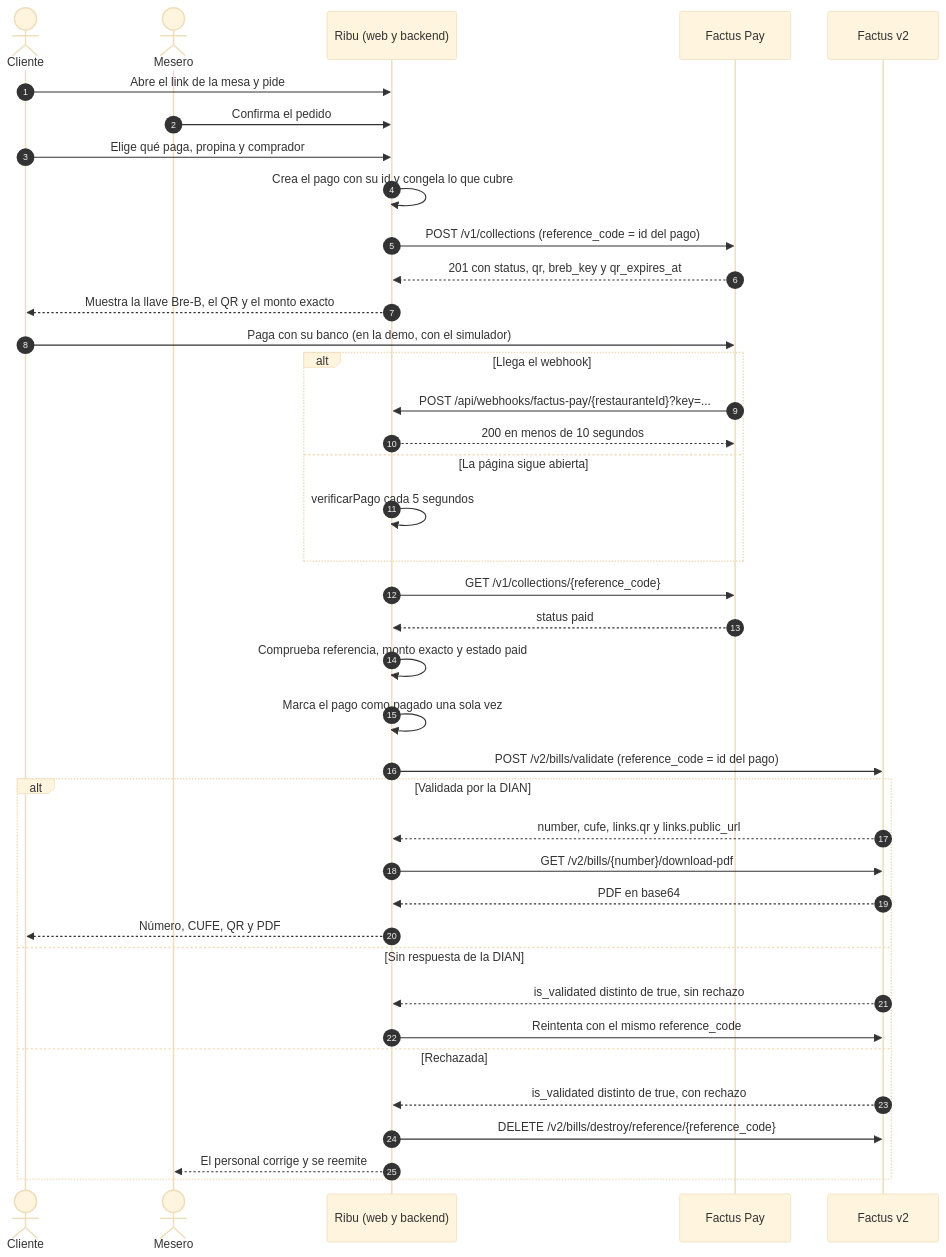
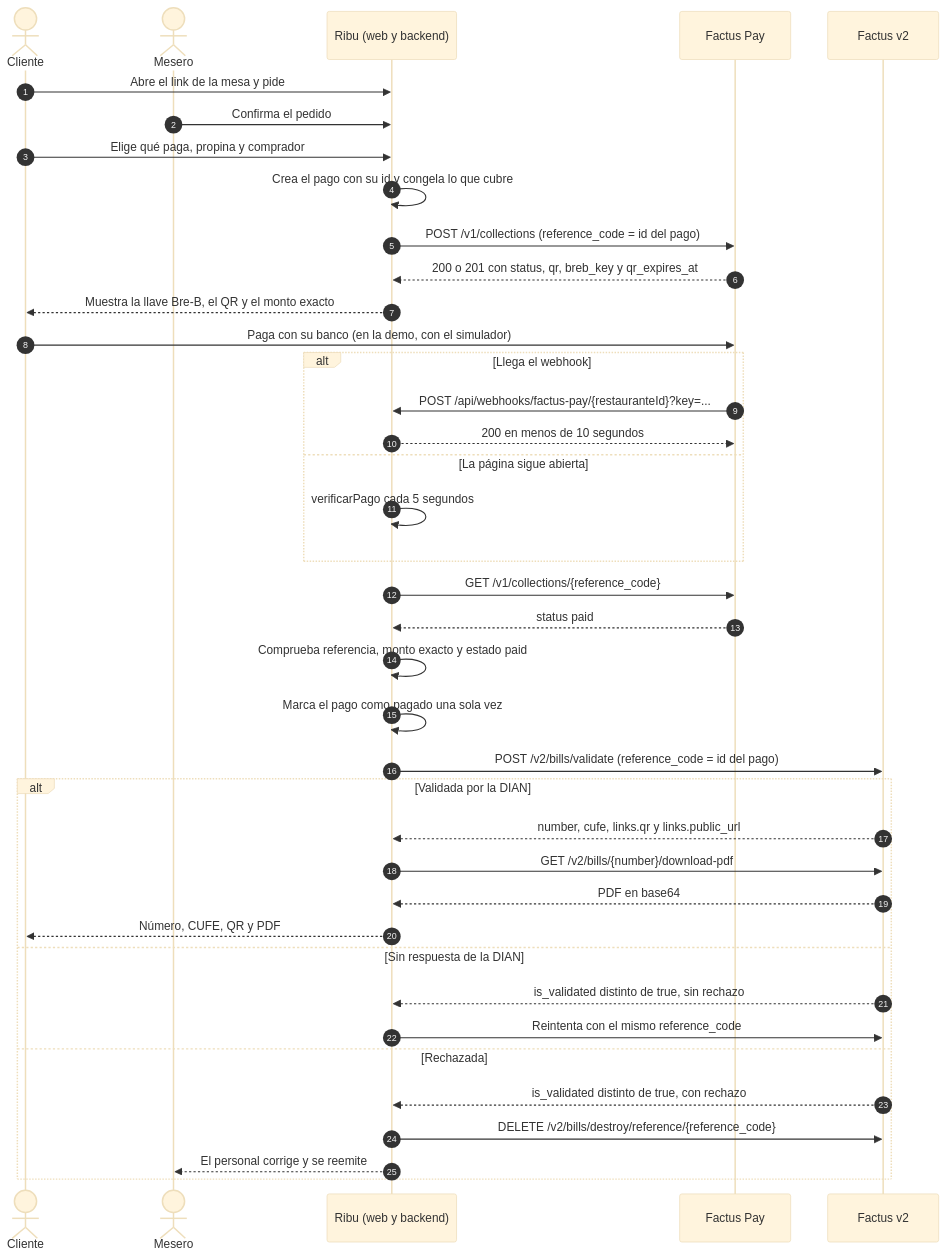
One commit to ribu-co/ribu changed the first of 2 diagrams in docs/explicacion-integracion.md. Above: the diagram before and after it, drawn with Mermaid (base theme). The commit also changed other lines of this file, not shown here.

Commit message:
Corrige la explicación con lo probado en el sandbox

````diff
--- a/docs/explicacion-integracion.md
+++ b/docs/explicacion-integracion.md
@@ -40,45 +40,45 @@
 ```mermaid
 sequenceDiagram
     autonumber
     actor C as Cliente
     actor M as Mesero
     participant R as Ribu (web y backend)
     participant P as Factus Pay
     participant F as Factus v2
 
     C->>R: Abre el link de la mesa y pide
     M->>R: Confirma el pedido
     C->>R: Elige qué paga, propina y comprador
     R->>R: Crea el pago con su id y congela lo que cubre
     R->>P: POST /v1/collections (reference_code = id del pago)
-    P-->>R: 201 con status, qr, breb_key y qr_expires_at
+    P-->>R: 200 o 201 con status, qr, breb_key y qr_expires_at
     R-->>C: Muestra la llave Bre-B, el QR y el monto exacto
     C->>P: Paga con su banco (en la demo, con el simulador)
 
     alt Llega el webhook
         P->>R: POST /api/webhooks/factus-pay/{restauranteId}?key=...
         R-->>P: 200 en menos de 10 segundos
     else La página sigue abierta
         R->>R: verificarPago cada 5 segundos
     end
 
     R->>P: GET /v1/collections/{reference_code}
     P-->>R: status paid
     R->>R: Comprueba referencia, monto exacto y estado paid
     R->>R: Marca el pago como pagado una sola vez
 
     R->>F: POST /v2/bills/validate (reference_code = id del pago)
     alt Validada por la DIAN
         F-->>R: number, cufe, links.qr y links.public_url
         R->>F: GET /v2/bills/{number}/download-pdf
         F-->>R: PDF en base64
         R-->>C: Número, CUFE, QR y PDF
     else Sin respuesta de la DIAN
         F-->>R: is_validated distinto de true, sin rechazo
         R->>F: Reintenta con el mismo reference_code
     else Rechazada
         F-->>R: is_validated distinto de true, con rechazo
         R->>F: DELETE /v2/bills/destroy/reference/{reference_code}
         R-->>M: El personal corrige y se reemite
     end
 ```
````
